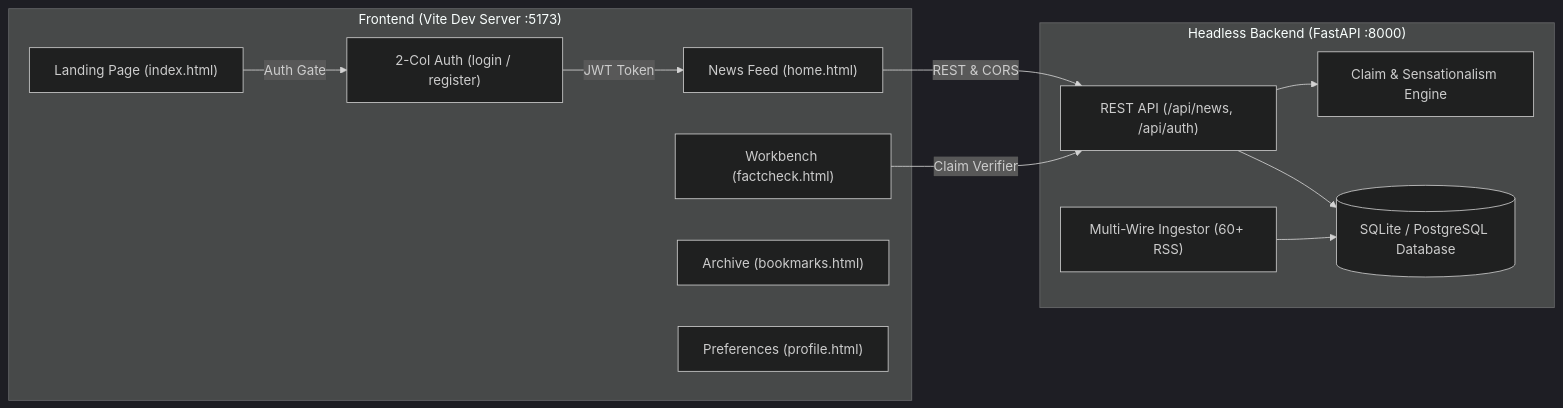
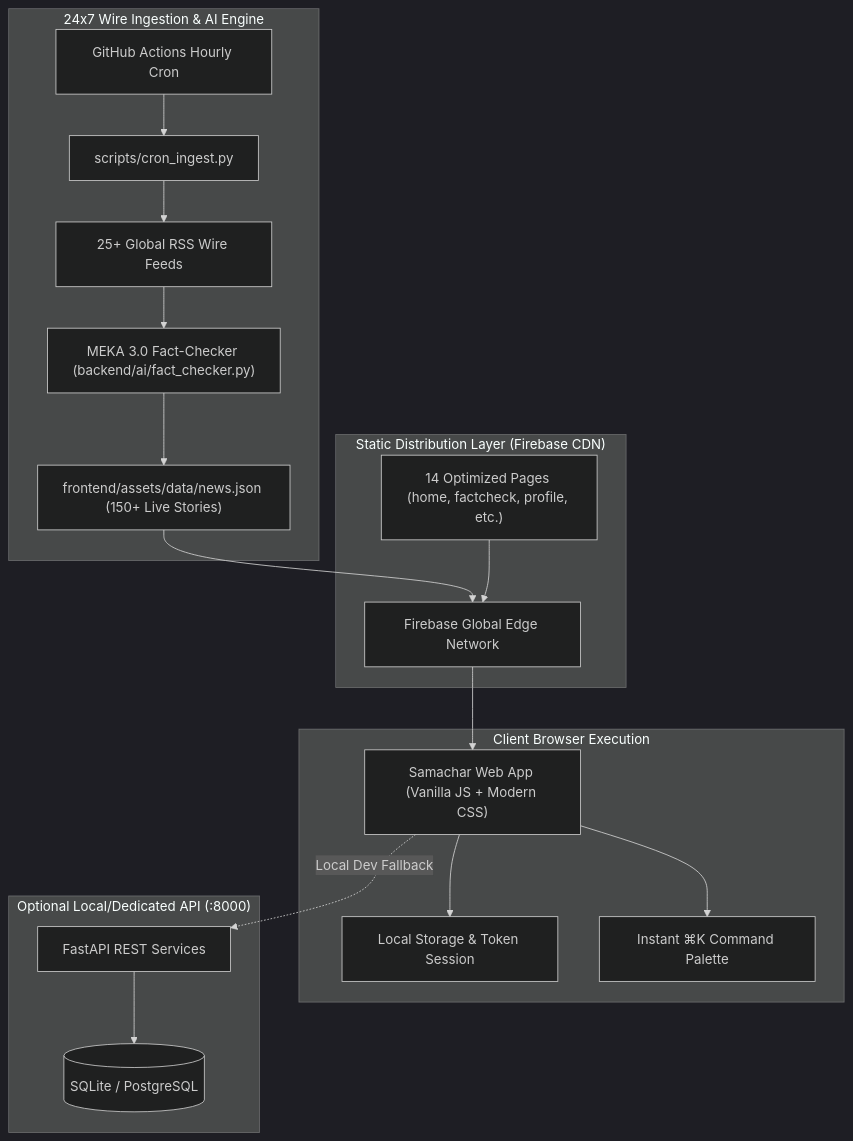
One commit to OK45batwal/samachar-news changed the diagram in README.md. Above: the diagram before and after it, drawn with Mermaid (dark theme). The commit also changed other lines of this file, not shown here.

Commit message:
docs(readme): update system architecture, live deployment links, and 2026/2027 research-backed improvement roadmap

````diff
--- a/README.md
+++ b/README.md
@@ -36,26 +40,27 @@
 ```mermaid
-graph LR
-    subgraph Frontend ["Frontend (Vite Dev Server :5173)"]
-        Landing["Landing Page (index.html)"]
-        Auth["2-Col Auth (login / register)"]
-        NewsPortal["News Feed (home.html)"]
-        FactCheck["Workbench (factcheck.html)"]
-        Bookmarks["Archive (bookmarks.html)"]
-        Profile["Preferences (profile.html)"]
+graph TD
+    subgraph Ingestion ["24x7 Wire Ingestion & AI Engine"]
+        Cron["GitHub Actions Hourly Cron"] --> IngestScript["scripts/cron_ingest.py"]
+        IngestScript --> RSS["25+ Global RSS Wire Feeds"]
+        RSS --> FactCheckEngine["MEKA 3.0 Fact-Checker (backend/ai/fact_checker.py)"]
+        FactCheckEngine --> DatasetExport["frontend/assets/data/news.json (150+ Live Stories)"]
     end
 
-    subgraph Backend ["Headless Backend (FastAPI :8000)"]
-        API["REST API (/api/news, /api/auth)"]
-        NLP["Claim & Sensationalism Engine"]
-        Ingestion["Multi-Wire Ingestor (60+ RSS)"]
-        DB[(SQLite / PostgreSQL Database)]
+    subgraph CDN ["Static Distribution Layer (Firebase CDN)"]
+        DatasetExport --> FirebaseHosting["Firebase Global Edge Network"]
+        HTMLPages["14 Optimized Pages (home, factcheck, profile, etc.)"] --> FirebaseHosting
     end
 
-    Landing -->|Auth Gate| Auth
-    Auth -->|JWT Token| NewsPortal
-    NewsPortal -->|REST & CORS| API
-    FactCheck -->|Claim Verifier| API
-    API --> NLP
-    API --> DB
-    Ingestion --> DB
+    subgraph Client ["Client Browser Execution"]
+        FirebaseHosting --> BrowserApp["Samachar Web App (Vanilla JS + Modern CSS)"]
+        BrowserApp --> CacheEngine["Local Storage & Token Session"]
+        BrowserApp --> SearchPalette["Instant ⌘K Command Palette"]
+    end
+
+    subgraph Backend ["Optional Local/Dedicated API (:8000)"]
+        FastAPI["FastAPI REST Services"]
+        DB[(SQLite / PostgreSQL)]
+        FastAPI --> DB
+        BrowserApp -.->|Local Dev Fallback| FastAPI
+    end
 ```
````
